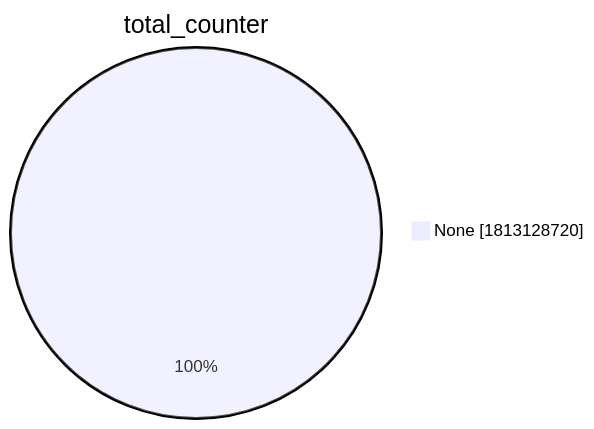
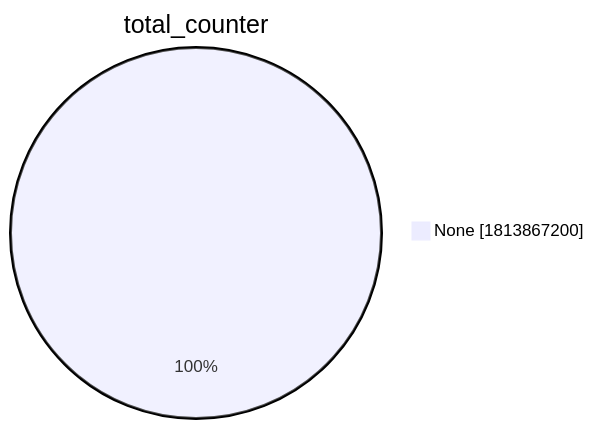
Before and after one commit to christiankrug/ctmonitor_visualization: the second of 15 diagrams in xenon2022/README.md, drawn with Mermaid. The commit also changed other lines of this file, not shown here.

````diff
--- a/xenon2022/README.md
+++ b/xenon2022/README.md
@@ -9,5 +9,5 @@
 ```mermaid
 pie showData
 title total_counter
-"None" :1813128720
+"None" :1813867200
 ```
````
